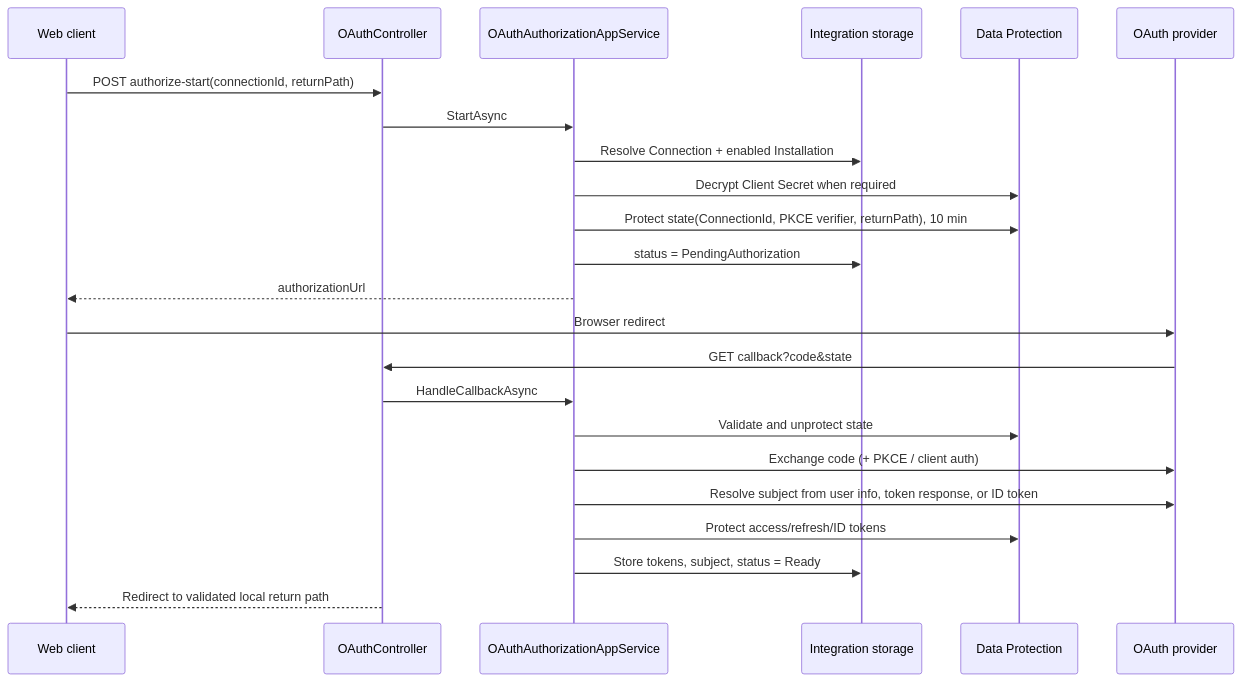
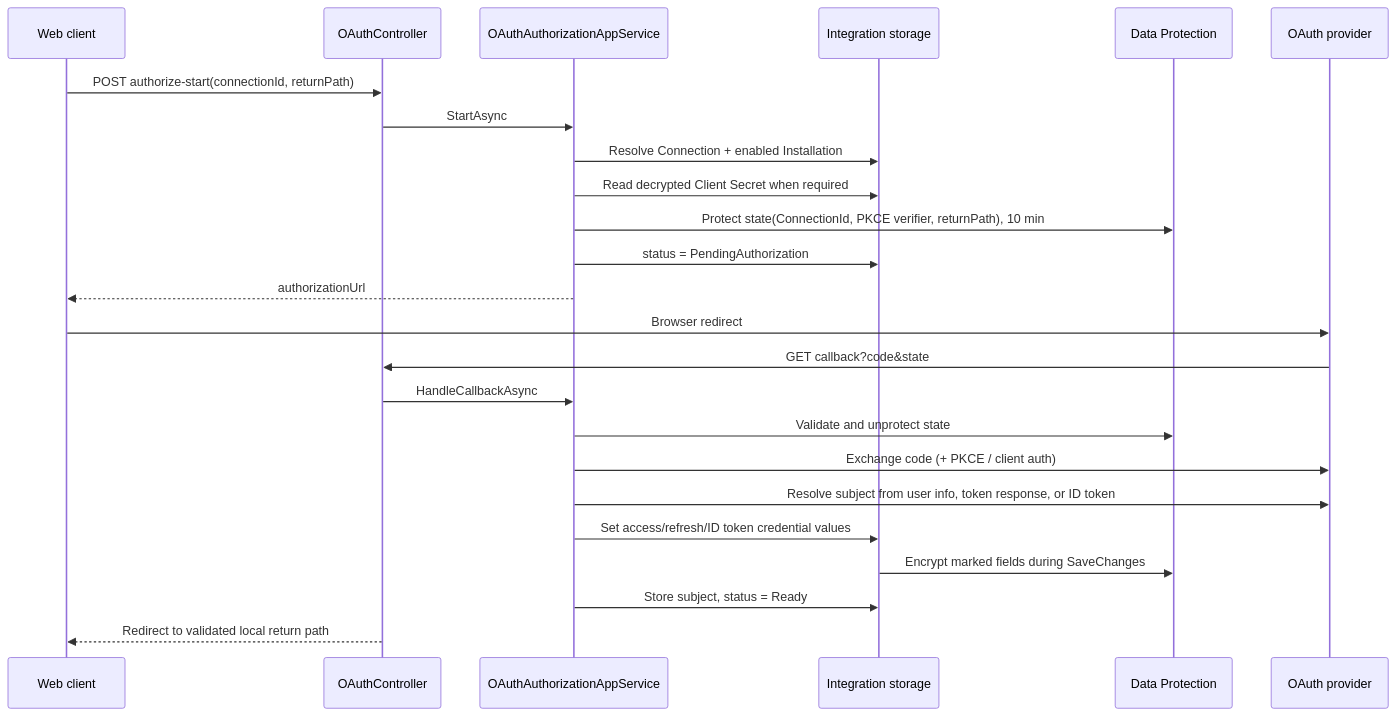
Before and after one commit to zxyao145/agw: the third of 4 diagrams in src/server/Agw.Integrations/README.md, drawn with Mermaid. The commit also changed other lines of this file and 15 other files, not shown here.

First line of the commit message:
docs: reconcile documentation with current architecture

````diff
--- a/src/server/Agw.Integrations/README.md
+++ b/src/server/Agw.Integrations/README.md
@@ -305,26 +306,27 @@
 ```mermaid
 sequenceDiagram
     participant UI as Web client
     participant API as OAuthController
     participant App as OAuthAuthorizationAppService
     participant DB as Integration storage
     participant DP as Data Protection
     participant Provider as OAuth provider
 
     UI->>API: POST authorize-start(connectionId, returnPath)
     API->>App: StartAsync
     App->>DB: Resolve Connection + enabled Installation
-    App->>DP: Decrypt Client Secret when required
+    App->>DB: Read decrypted Client Secret when required
     App->>DP: Protect state(ConnectionId, PKCE verifier, returnPath), 10 min
     App->>DB: status = PendingAuthorization
     App-->>UI: authorizationUrl
     UI->>Provider: Browser redirect
     Provider->>API: GET callback?code&state
     API->>App: HandleCallbackAsync
     App->>DP: Validate and unprotect state
     App->>Provider: Exchange code (+ PKCE / client auth)
     App->>Provider: Resolve subject from user info, token response, or ID token
-    App->>DP: Protect access/refresh/ID tokens
-    App->>DB: Store tokens, subject, status = Ready
+    App->>DB: Set access/refresh/ID token credential values
+    DB->>DP: Encrypt marked fields during SaveChanges
+    App->>DB: Store subject, status = Ready
     API-->>UI: Redirect to validated local return path
 ```
````
